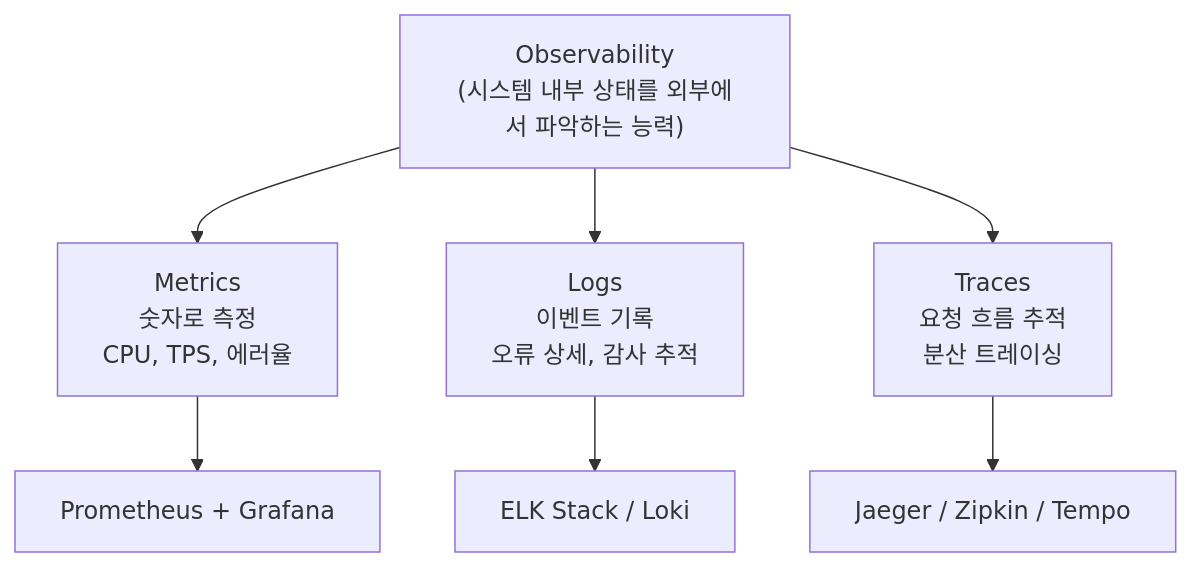
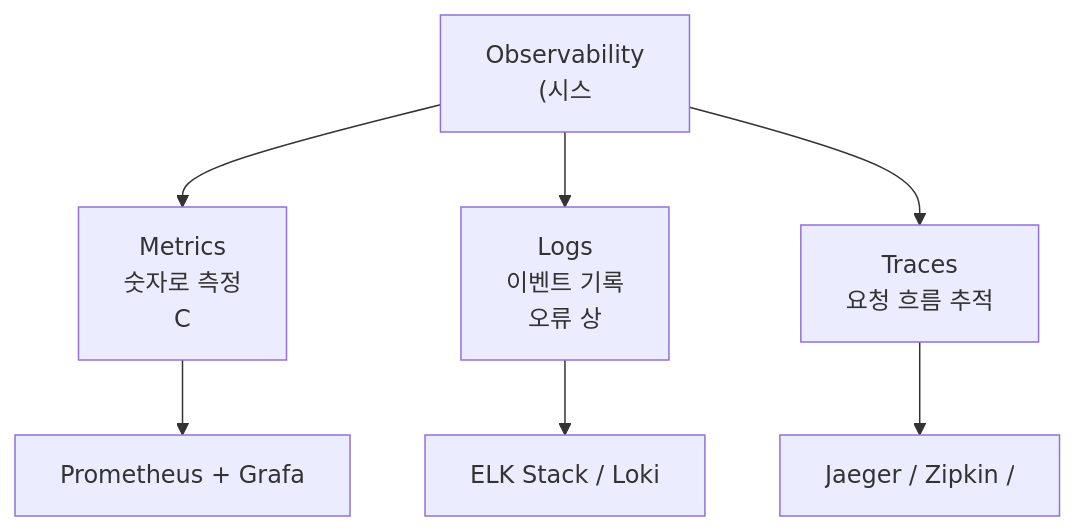
One commit to yjkim2015/yjkim2015.github.io changed the first of 3 diagrams in _posts/monitoring/2026-05-01-monitoring-tools.md. Above: the diagram before and after it, drawn with Mermaid. The commit also changed other lines of this file and 271 other files, not shown here.

First line of the commit message:
Mermaid 라벨 축소: 긴 노드 텍스트 18자 이하로 트림 + \n 제거

````diff
--- a/_posts/monitoring/2026-05-01-monitoring-tools.md
+++ b/_posts/monitoring/2026-05-01-monitoring-tools.md
@@ -19,10 +19,10 @@
 ```mermaid
 graph TD
-    OBS["Observability\n(시스템 내부 상태를 외부에서 파악하는 능력)"]
-    OBS --> METRICS["Metrics\n숫자로 측정\nCPU, TPS, 에러율"]
-    OBS --> LOGS["Logs\n이벤트 기록\n오류 상세, 감사 추적"]
-    OBS --> TRACES["Traces\n요청 흐름 추적\n분산 트레이싱"]
-    METRICS --> PROM["Prometheus + Grafana"]
+    OBS["Observability\n(시스"]
+    OBS --> METRICS["Metrics\n숫자로 측정\nC"]
+    OBS --> LOGS["Logs\n이벤트 기록\n오류 상"]
+    OBS --> TRACES["Traces\n요청 흐름 추적\n"]
+    METRICS --> PROM["Prometheus + Grafa"]
     LOGS --> ELK["ELK Stack / Loki"]
-    TRACES --> JAEGER["Jaeger / Zipkin / Tempo"]
+    TRACES --> JAEGER["Jaeger / Zipkin /"]
 ```
````
